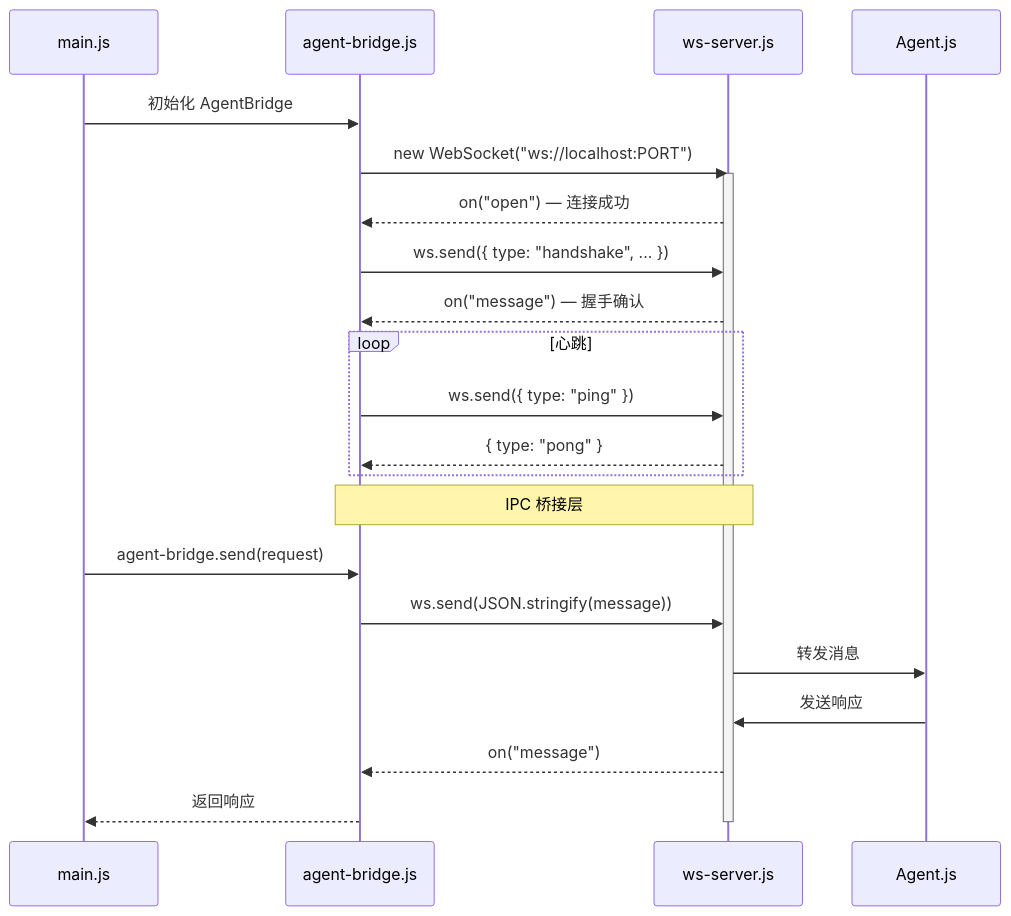
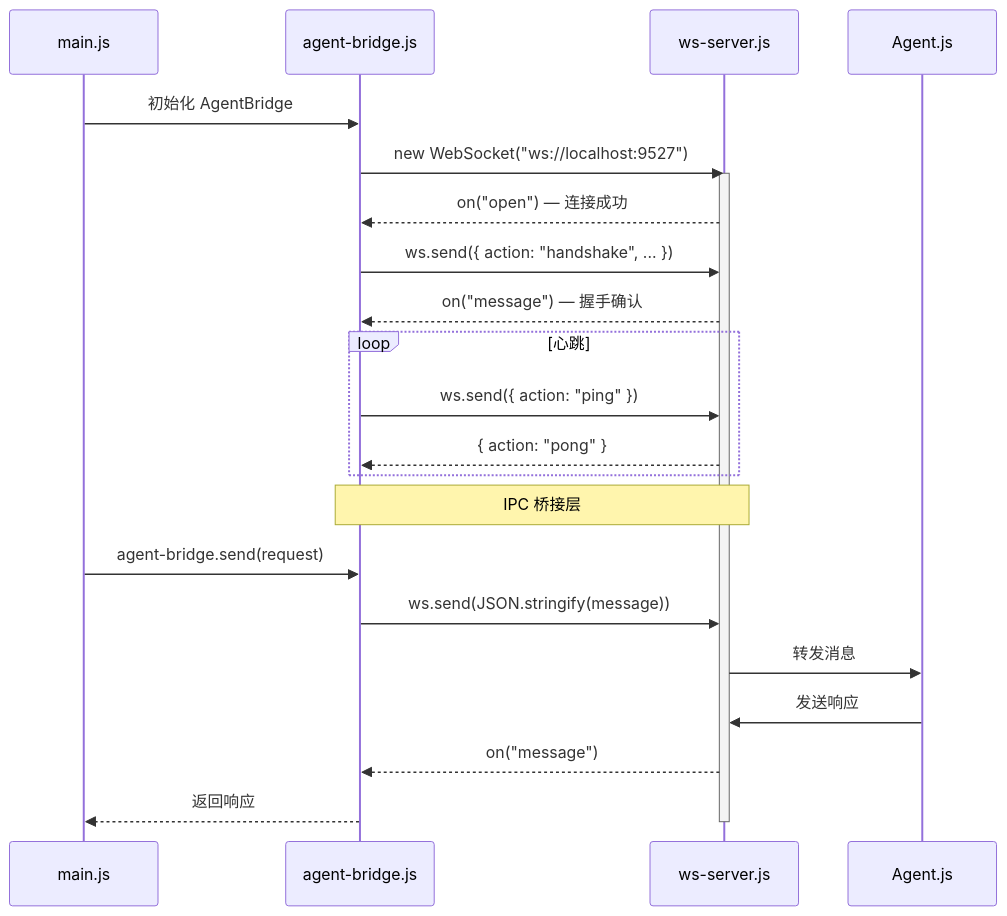
One commit to 1486853830/CogitoAgent changed the seventh of 7 diagrams in introduction/architecture.md. Above: the diagram before and after it, drawn with Mermaid. The commit also changed other lines of this file and 5 other files, not shown here.

````diff
--- a/introduction/architecture.md
+++ b/introduction/architecture.md
@@ -367,32 +384,32 @@
 ```mermaid
 sequenceDiagram
     participant Main as main.js
     participant Bridge as agent-bridge.js
     participant WS as ws-server.js
     participant Agent as Agent.js
 
     Main->>Bridge: 初始化 AgentBridge
-    Bridge->>WS: new WebSocket("ws://localhost:PORT")
+    Bridge->>WS: new WebSocket("ws://localhost:9527")
 
     activate WS
     WS-->>Bridge: on("open") — 连接成功
-    Bridge->>WS: ws.send({ type: "handshake", ... })
+    Bridge->>WS: ws.send({ action: "handshake", ... })
     WS-->>Bridge: on("message") — 握手确认
 
     loop 心跳
-        Bridge->>WS: ws.send({ type: "ping" })
-        WS-->>Bridge: { type: "pong" }
+        Bridge->>WS: ws.send({ action: "ping" })
+        WS-->>Bridge: { action: "pong" }
     end
 
     Note over Bridge,WS: IPC 桥接层
 
     Main->>Bridge: agent-bridge.send(request)
     Bridge->>WS: ws.send(JSON.stringify(message))
     WS->>Agent: 转发消息
 
     Agent->>WS: 发送响应
     WS-->>Bridge: on("message")
     Bridge-->>Main: 返回响应
 
     deactivate WS
 ```
````
